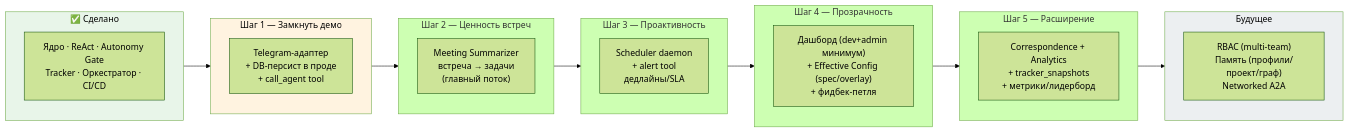
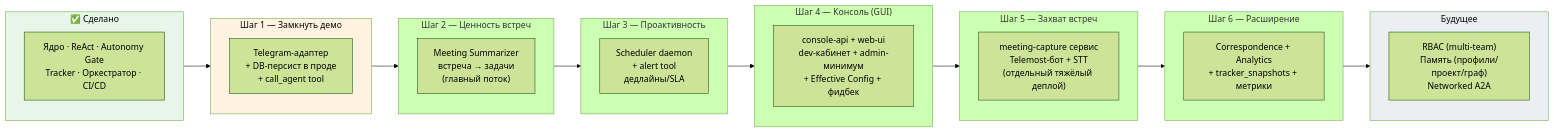
One commit to Kasuich/telegram_scrum_master changed diagram 12 of 12 in docs/TARGET_ARCHITECTURE.md. Above: the diagram before and after it, drawn with Mermaid (forest theme). The commit also changed other lines of this file, not shown here.

First line of the commit message:
docs: add GUI plane (console-api + web-ui), meeting-capture service, S3

````diff
--- a/docs/TARGET_ARCHITECTURE.md
+++ b/docs/TARGET_ARCHITECTURE.md
@@ -346,36 +444,40 @@
 ```mermaid
 flowchart LR
     subgraph now["✅ Сделано"]
         N["Ядро · ReAct · Autonomy Gate<br/>Tracker · Оркестратор · CI/CD"]
     end
 
     subgraph s1["Шаг 1 — Замкнуть демо"]
         A["Telegram-адаптер<br/>+ DB-персист в проде<br/>+ call_agent tool"]
     end
 
     subgraph s2["Шаг 2 — Ценность встреч"]
         B["Meeting Summarizer<br/>встреча → задачи<br/>(главный поток)"]
     end
 
     subgraph s3["Шаг 3 — Проактивность"]
         C["Scheduler daemon<br/>+ alert tool<br/>дедлайны/SLA"]
     end
 
-    subgraph s4["Шаг 4 — Прозрачность"]
-        D["Дашборд (dev+admin минимум)<br/>+ Effective Config (spec/overlay)<br/>+ фидбек-петля"]
+    subgraph s4["Шаг 4 — Консоль (GUI)"]
+        D["console-api + web-ui<br/>dev-кабинет + admin-минимум<br/>+ Effective Config + фидбек"]
     end
 
-    subgraph s5["Шаг 5 — Расширение"]
-        E["Correspondence + Analytics<br/>+ tracker_snapshots<br/>+ метрики/лидерборд"]
+    subgraph s5["Шаг 5 — Захват встреч"]
+        E["meeting-capture сервис<br/>Telemost-бот + STT<br/>(отдельный тяжёлый деплой)"]
+    end
+
+    subgraph s6["Шаг 6 — Расширение"]
+        G["Correspondence + Analytics<br/>+ tracker_snapshots + метрики"]
     end
 
     subgraph fut["Будущее"]
         F["RBAC (multi-team)<br/>Память (профили/проект/граф)<br/>Networked A2A"]
     end
 
-    now --> s1 --> s2 --> s3 --> s4 --> s5 --> fut
+    now --> s1 --> s2 --> s3 --> s4 --> s5 --> s6 --> fut
 
     style now fill:#e8f5e9,color:#000
     style s1 fill:#fff3e0,color:#000
     style fut fill:#eceff1,color:#000
 ```
````
